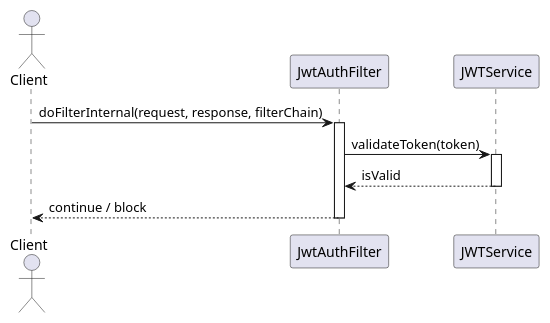
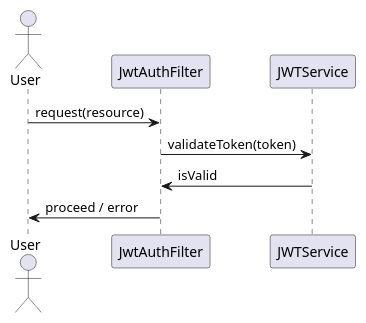
Before and after one commit to Dinesh-s95/AutoDoc.ai: the third of 4 diagrams in identityprovider/documentation/detaileddesign.adoc, drawn with PlantUML. The commit also changed other lines of this file and 15 other files, not shown here.

````diff
--- a/identityprovider/documentation/detaileddesign.adoc
+++ b/identityprovider/documentation/detaileddesign.adoc
@@ -250,19 +167,13 @@
-```plantuml
+[plantuml, jwt-validation-sequence, png]
+----
 @startuml
-actor Client
+actor User
 participant JwtAuthFilter
 participant JWTService
 
-Client -> JwtAuthFilter : doFilterInternal(request, response, filterChain)
-activate JwtAuthFilter
-
+User -> JwtAuthFilter : request(resource)
 JwtAuthFilter -> JWTService : validateToken(token)
-activate JWTService
-
-JWTService --> JwtAuthFilter : isValid
-deactivate JWTService
-
-JwtAuthFilter --> Client : continue / block
-deactivate JwtAuthFilter
+JWTService -> JwtAuthFilter : isValid
+JwtAuthFilter -> User : proceed / error
 @enduml
-```
+----
````
